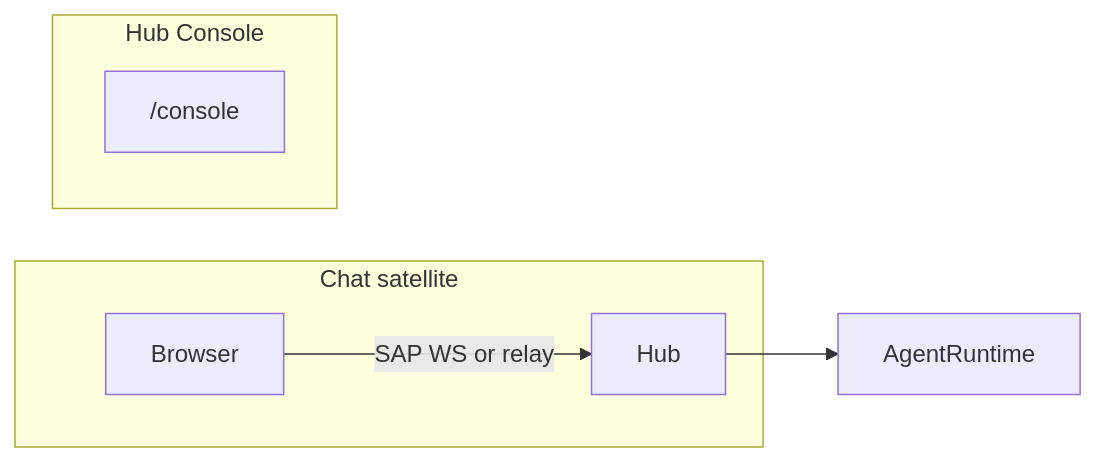
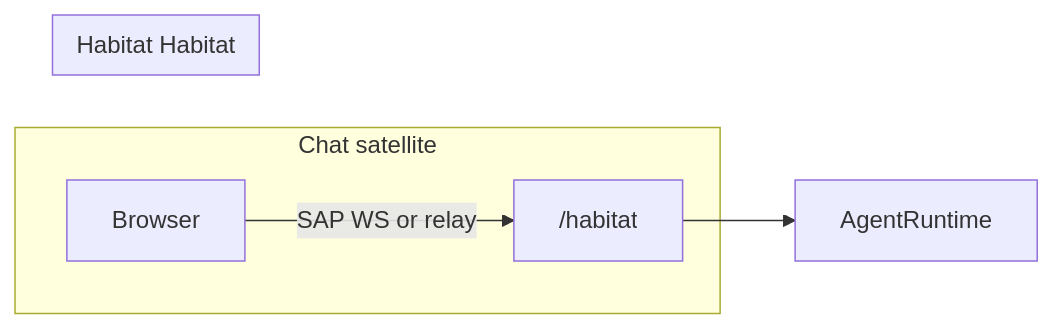
One commit to freeanima-org/freeanima changed the first of 2 diagrams in docs/sap/overview.md. Above: the diagram before and after it, drawn with Mermaid. The commit also changed other lines of this file and 933 other files, not shown here.

````diff
--- a/docs/sap/overview.md
+++ b/docs/sap/overview.md
@@ -19,10 +19,10 @@
 ```mermaid
 flowchart LR
   subgraph chat [Chat satellite]
-    B1[Browser] -->|SAP WS or relay| Hub
+    B1[Browser] -->|SAP WS or relay| Habitat
   end
-  Hub --> Runtime[AgentRuntime]
-  subgraph hubConsole [Hub Console]
-    Console["/console"]
+  Habitat --> Runtime[AgentRuntime]
+  subgraph hubConsole [Habitat Habitat]
+    Habitat["/habitat"]
   end
 ```
````
